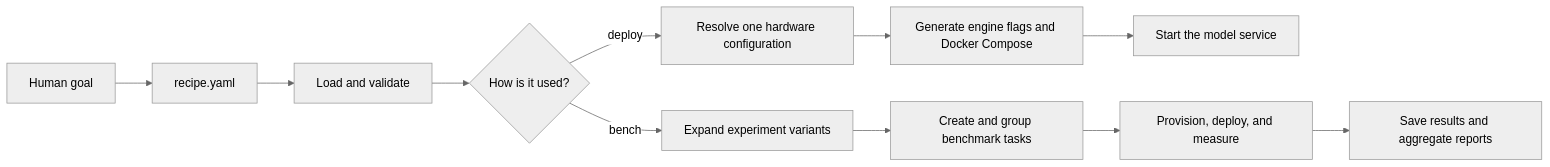
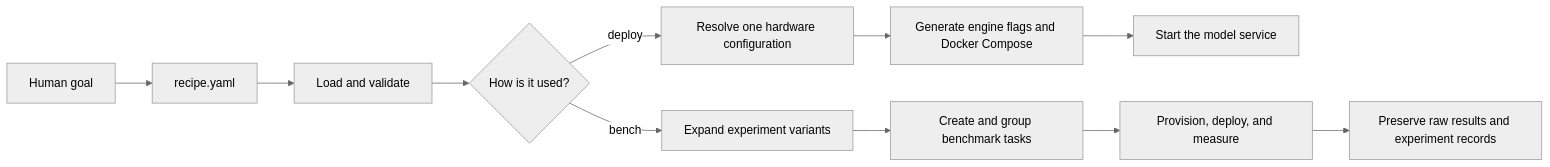
The second of 8 diagrams in docs/docs/course/project_course.mdx (cloudrift-ai/emmy), drawn with Mermaid (neutral theme) before and after one commit. The commit also changed other lines of this file and 5 other files, not shown here.

````diff
--- a/docs/docs/course/project_course.mdx
+++ b/docs/docs/course/project_course.mdx
@@ -284,13 +288,13 @@
 ```mermaid
 flowchart LR
     Goal[Human goal] --> File[recipe.yaml]
     File --> Load[Load and validate]
     Load --> Deploy{How is it used?}
     Deploy -->|deploy| Concrete[Resolve one hardware configuration]
     Concrete --> Compose[Generate engine flags and Docker Compose]
     Compose --> Service[Start the model service]
     Deploy -->|bench| Variants[Expand experiment variants]
     Variants --> Tasks[Create and group benchmark tasks]
     Tasks --> Run[Provision, deploy, and measure]
-    Run --> Results[Save results and aggregate reports]
+    Run --> Results[Preserve raw results and experiment records]
 ```
````
